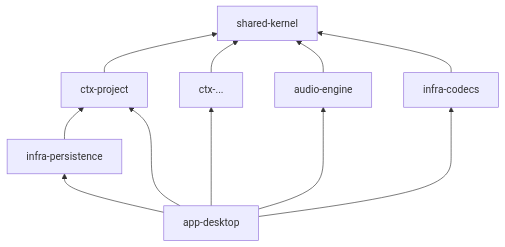
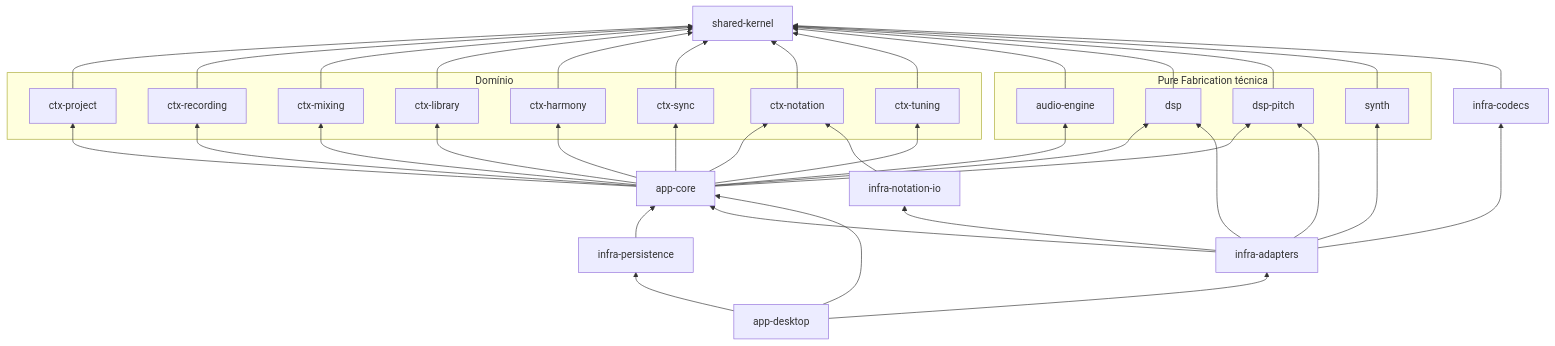
The fourth of 11 diagrams in docs/arquitetura/2026-11-05-arquitetura-geral.md (TokumoH/Ebiki-Studio), drawn with Mermaid before and after one commit. The commit also changed other lines of this file and 6 other files, not shown here.

````diff
--- a/docs/arquitetura/2026-11-05-arquitetura-geral.md
+++ b/docs/arquitetura/2026-11-05-arquitetura-geral.md
@@ -116,10 +130,19 @@
 ```mermaid
 flowchart BT
     SK[shared-kernel]
-    CP[ctx-project] --> SK
-    CX[ctx-...] --> SK
-    AE[audio-engine] --> SK
-    IP[infra-persistence] --> CP
+    subgraph Domínio
+      CP[ctx-project]; CR[ctx-recording]; CM[ctx-mixing]; CL[ctx-library]
+      CH[ctx-harmony]; CS[ctx-sync]; CN[ctx-notation]; CT[ctx-tuning]
+    end
+    subgraph "Pure Fabrication técnica"
+      AE[audio-engine]; DSP[dsp]; DP[dsp-pitch]; SY[synth]
+    end
+    CP & CR & CM & CL & CH & CS & CN & CT --> SK
+    AE & DSP & DP & SY --> SK
+    AC[app-core] --> CP & CR & CM & CL & CH & CS & CN & CT & AE & DSP & DP
     IC[infra-codecs] --> SK
-    AD[app-desktop] --> CP & CX & AE & IP & IC
+    INI[infra-notation-io] --> CN
+    IP[infra-persistence] --> AC
+    IA[infra-adapters] --> AC & IC & INI & SY & DSP & DP
+    AD[app-desktop] --> AC & IA & IP
 ```
````
